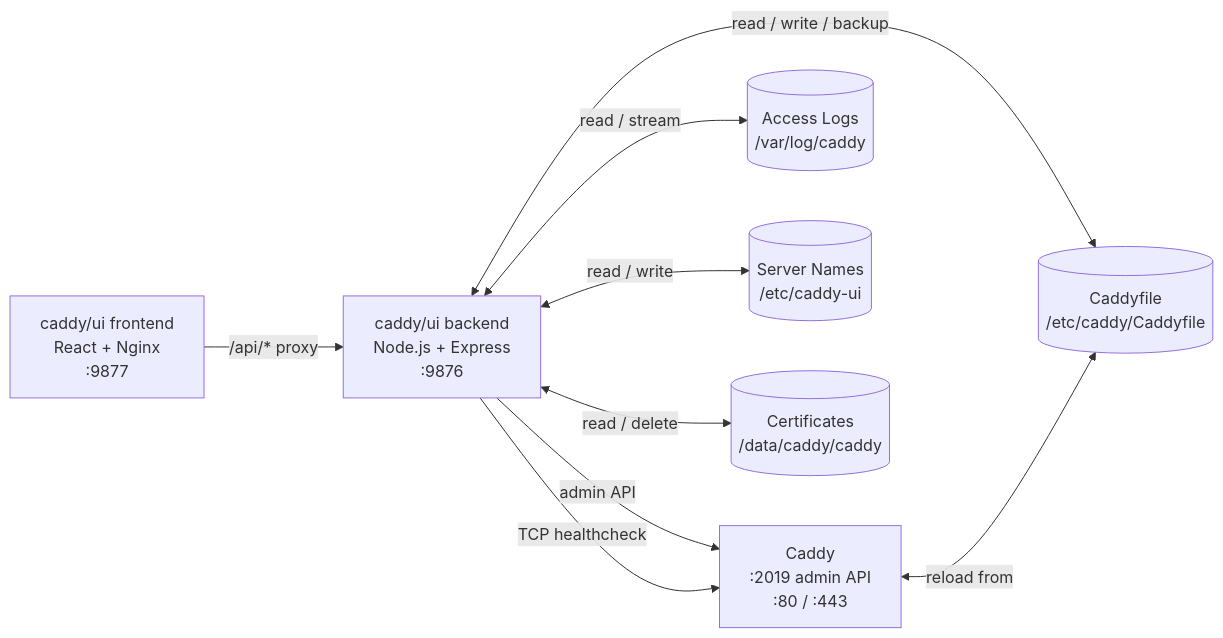
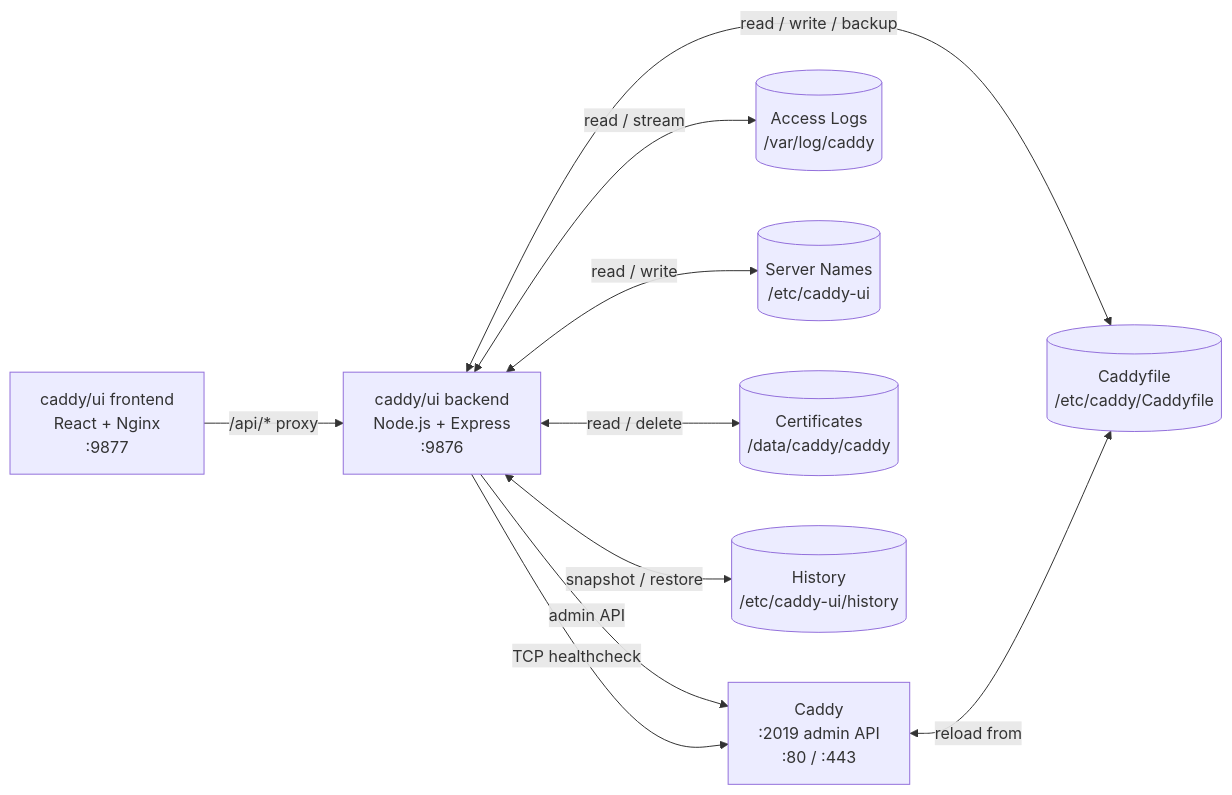
The diagram in README.md (zackwag/caddy-ui), drawn with Mermaid before and after one commit. The commit also changed other lines of this file and 2 other files, not shown here.

Commit message:
Caddyfile version history, log search and level filters

````diff
--- a/README.md
+++ b/README.md
@@ -26,19 +26,21 @@
 ```mermaid
 graph LR
     FE["caddy/ui frontend\nReact + Nginx\n:9877"]
     BE["caddy/ui backend\nNode.js + Express\n:9876"]
     CA["Caddy\n:2019 admin API\n:80 / :443"]
     CF[("Caddyfile\n/etc/caddy/Caddyfile")]
     LG[("Access Logs\n/var/log/caddy")]
     SN[("Server Names\n/etc/caddy-ui")]
     TLS[("Certificates\n/data/caddy/caddy")]
+    HX[("History\n/etc/caddy-ui/history")]
 
     FE -->|"/api/* proxy"| BE
     BE -->|"admin API"| CA
     BE -->|"TCP healthcheck"| CA
     BE <-->|"read / write / backup"| CF
     BE <-->|"read / stream"| LG
     BE <-->|"read / write"| SN
     BE <-->|"read / delete"| TLS
+    BE <-->|"snapshot / restore"| HX
     CA <-->|"reload from"| CF
 ```
````
